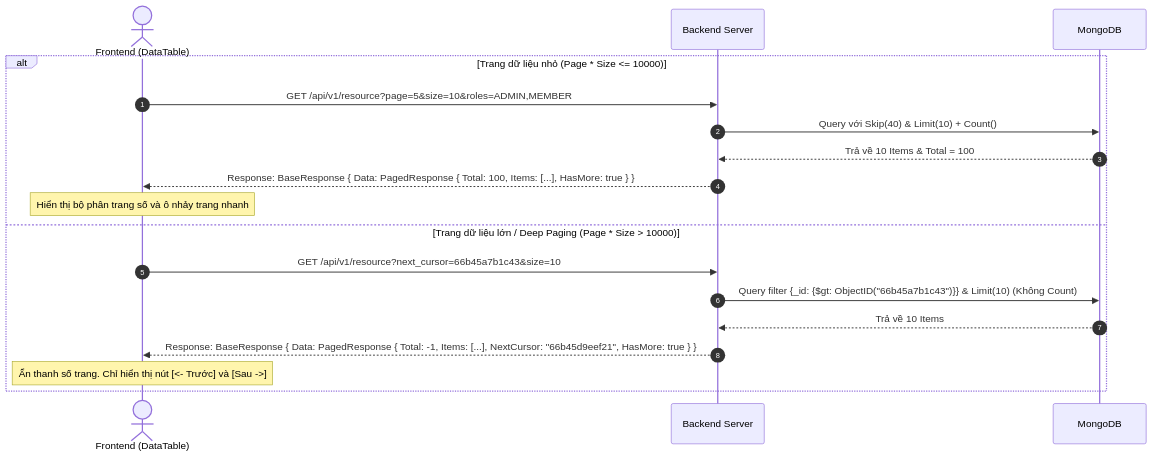
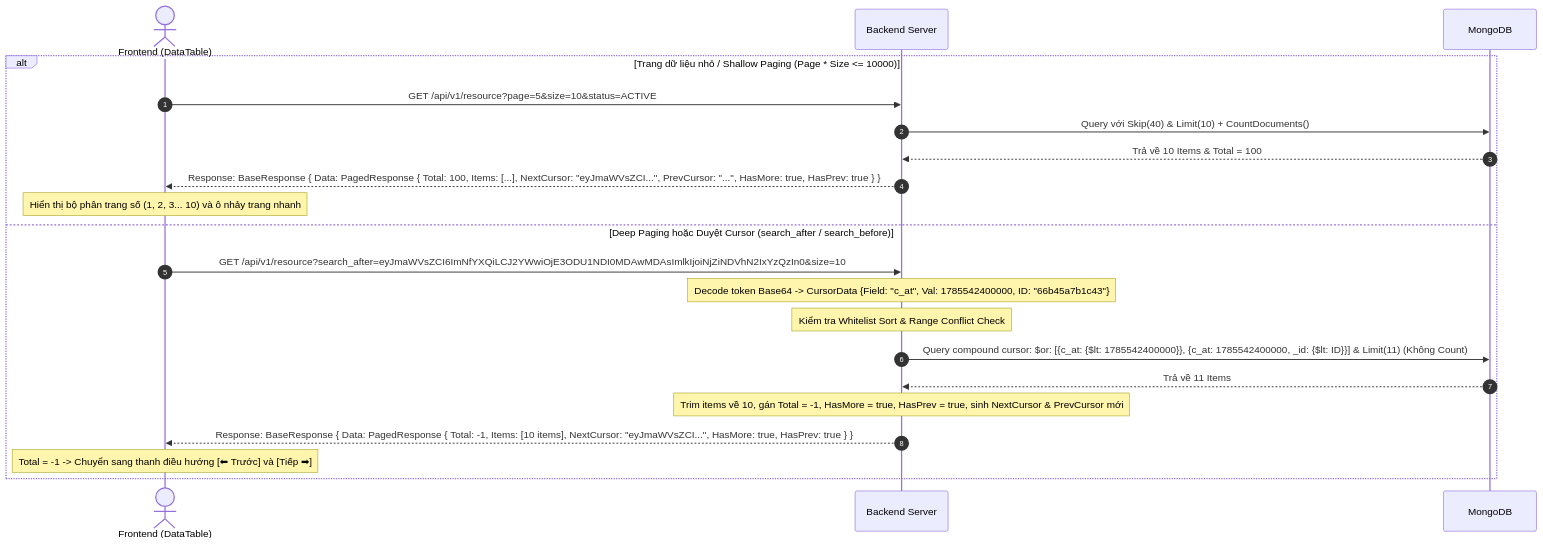
One commit to sowfkun/sowfkun-verse changed the diagram in .agents/docs/LIST_FLOW.md. Above: the diagram before and after it, drawn with Mermaid. The commit also changed other lines of this file, not shown here.

Commit message:
docs(list-flow): update hybrid pagination, keyset cursor engine, and error codes spec

````diff
--- a/.agents/docs/LIST_FLOW.md
+++ b/.agents/docs/LIST_FLOW.md
@@ -11,21 +11,24 @@
 ```mermaid
 sequenceDiagram
     autonumber
     actor Client as Frontend (DataTable)
     participant BE as Backend Server
     participant DB as MongoDB
 
-    alt Trang dữ liệu nhỏ (Page * Size <= 10000)
-        Client->>BE: GET /api/v1/resource?page=5&size=10&roles=ADMIN,MEMBER
-        BE->>DB: Query với Skip(40) & Limit(10) + Count()
+    alt Trang dữ liệu nhỏ / Shallow Paging (Page * Size <= 10000)
+        Client->>BE: GET /api/v1/resource?page=5&size=10&status=ACTIVE
+        BE->>DB: Query với Skip(40) & Limit(10) + CountDocuments()
         DB-->>BE: Trả về 10 Items & Total = 100
-        BE-->>Client: Response: BaseResponse { Data: PagedResponse { Total: 100, Items: [...], HasMore: true } }
-        Note over Client: Hiển thị bộ phân trang số và ô nhảy trang nhanh
-    else Trang dữ liệu lớn / Deep Paging (Page * Size > 10000)
-        Client->>BE: GET /api/v1/resource?next_cursor=66b45a7b1c43&size=10
-        BE->>DB: Query filter {_id: {$gt: ObjectID("66b45a7b1c43")}} & Limit(10) (Không Count)
-        DB-->>BE: Trả về 10 Items
-        BE-->>Client: Response: BaseResponse { Data: PagedResponse { Total: -1, Items: [...], NextCursor: "66b45d9eef21", HasMore: true } }
-        Note over Client: Ẩn thanh số trang. Chỉ hiển thị nút [<- Trước] và [Sau ->]
+        BE-->>Client: Response: BaseResponse { Data: PagedResponse { Total: 100, Items: [...], NextCursor: "eyJmaWVsZCI...", PrevCursor: "...", HasMore: true, HasPrev: true } }
+        Note over Client: Hiển thị bộ phân trang số (1, 2, 3... 10) và ô nhảy trang nhanh
+    else Deep Paging hoặc Duyệt Cursor (search_after / search_before)
+        Client->>BE: GET /api/v1/resource?search_after=eyJmaWVsZCI6ImNfYXQiLCJ2YWwiOjE3ODU1NDI0MDAwMDAsImlkIjoiNjZiNDVhN2IxYzQzIn0&size=10
+        Note over BE: Decode token Base64 -> CursorData {Field: "c_at", Val: 1785542400000, ID: "66b45a7b1c43"}
+        Note over BE: Kiểm tra Whitelist Sort & Range Conflict Check
+        BE->>DB: Query compound cursor: $or: [{c_at: {$lt: 1785542400000}}, {c_at: 1785542400000, _id: {$lt: ID}}] & Limit(11) (Không Count)
+        DB-->>BE: Trả về 11 Items
+        Note over BE: Trim items về 10, gán Total = -1, HasMore = true, HasPrev = true, sinh NextCursor & PrevCursor mới
+        BE-->>Client: Response: BaseResponse { Data: PagedResponse { Total: -1, Items: [10 items], NextCursor: "eyJmaWVsZCI...", HasMore: true, HasPrev: true } }
+        Note over Client: Total = -1 -> Chuyển sang thanh điều hướng [⬅ Trước] và [Tiếp ➡]
     end
 ```
````
